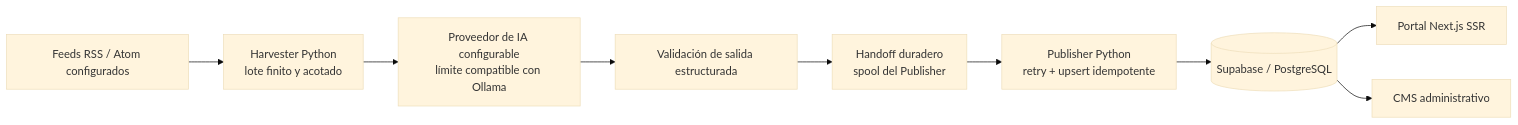
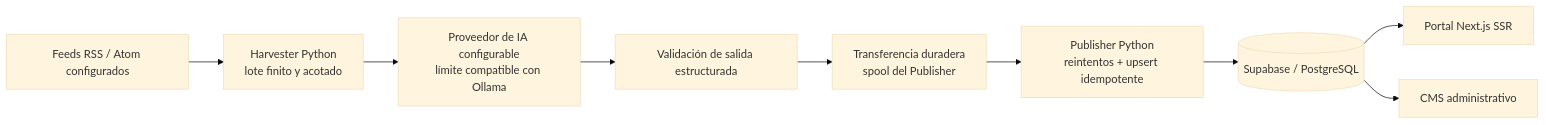
The diagram in docs/i18n/es/README.md (Gyliardson/little-mere-news), drawn with Mermaid (base theme) before and after one commit. The commit also changed other lines of this file and 2 other files, not shown here.

````diff
--- a/docs/i18n/es/README.md
+++ b/docs/i18n/es/README.md
@@ -41,11 +41,11 @@
 ```mermaid
 flowchart LR
     Feeds["Feeds RSS / Atom configurados"] --> Harvester["Harvester Python<br/>lote finito y acotado"]
     Harvester --> AI["Proveedor de IA configurable<br/>límite compatible con Ollama"]
     AI --> Validate["Validación de salida estructurada"]
-    Validate --> Queue["Handoff duradero<br/>spool del Publisher"]
-    Queue --> Publisher["Publisher Python<br/>retry + upsert idempotente"]
+    Validate --> Queue["Transferencia duradera<br/>spool del Publisher"]
+    Queue --> Publisher["Publisher Python<br/>reintentos + upsert idempotente"]
     Publisher --> DB[(Supabase / PostgreSQL)]
     DB --> Portal["Portal Next.js SSR"]
     DB --> CMS["CMS administrativo"]
 ```
````
